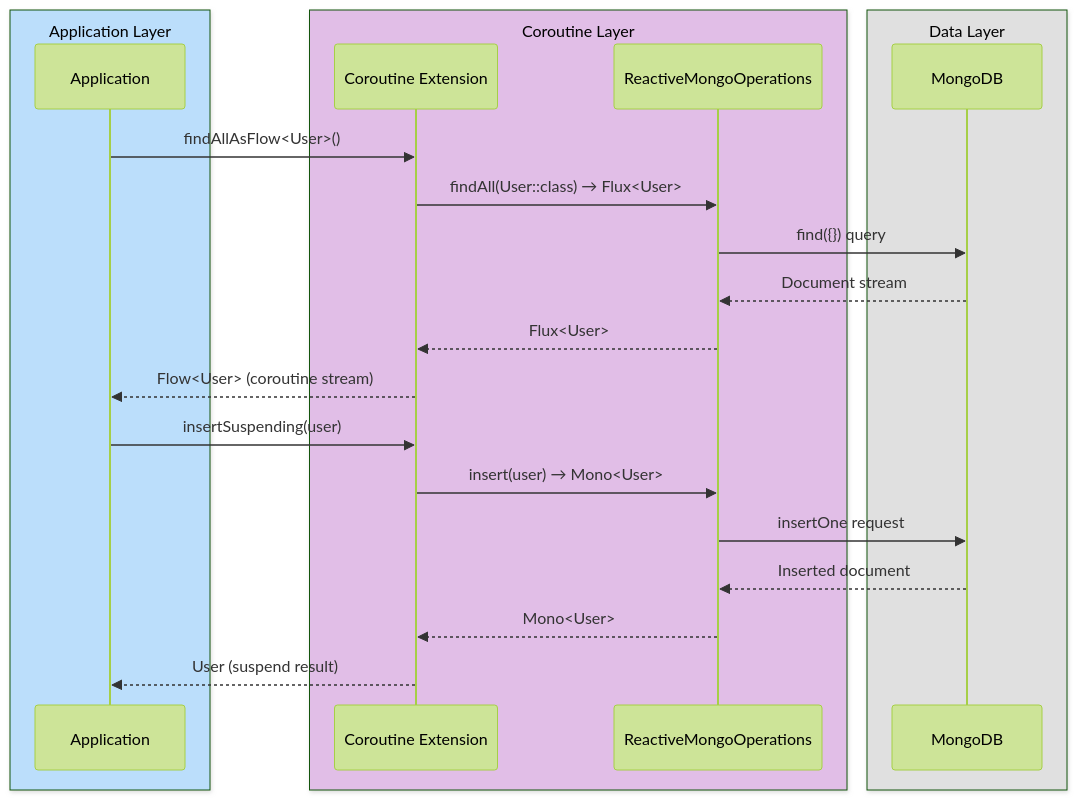
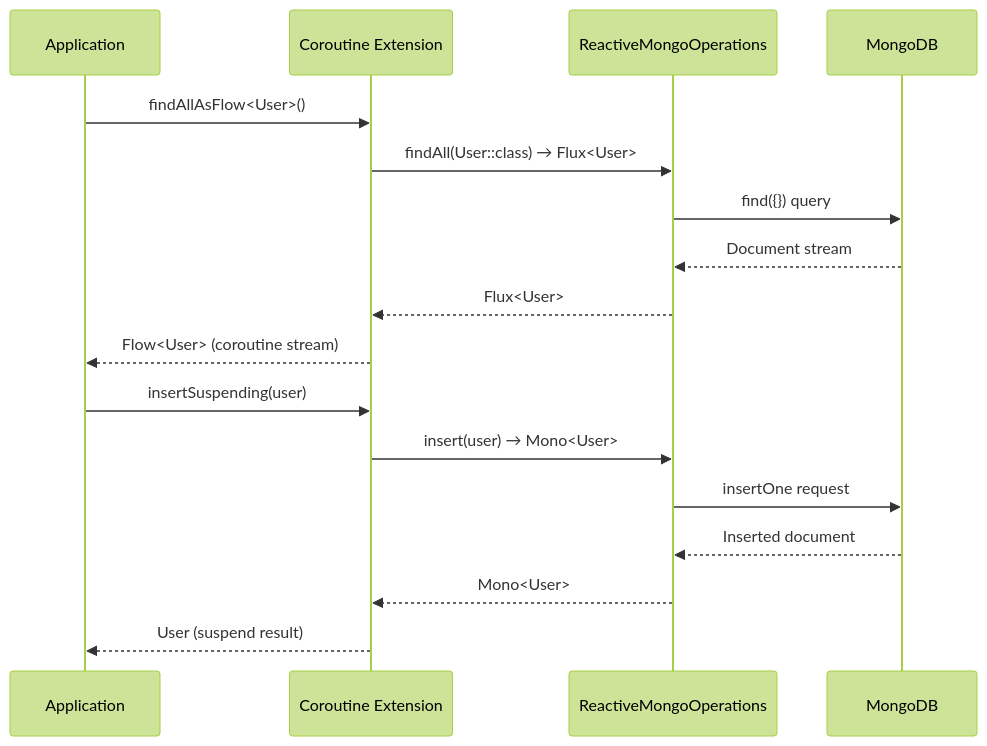
One commit to bluetape4k/bluetape4k-projects changed the fourth of 4 diagrams in spring-boot4/mongodb/README.md. Above: the diagram before and after it, drawn with Mermaid (forest theme). The commit also changed other lines of this file and 219 other files, not shown here.

First line of the commit message:
docs: 전체 README Mermaid 다이어그램 가이드 적용

````diff
--- a/spring-boot4/mongodb/README.md
+++ b/spring-boot4/mongodb/README.md
@@ -221,27 +221,21 @@
 ```mermaid
 sequenceDiagram
-    box rgb(187,222,251) Application Layer
         participant App as Application
-    end
-    box rgb(225,190,231) Coroutine Layer
         participant Ext as Coroutine Extension
         participant Ops as ReactiveMongoOperations
-    end
-    box rgb(224,224,224) Data Layer
         participant DB as MongoDB
-    end
 
     App->>Ext: findAllAsFlow<User>()
     Ext->>Ops: findAll(User::class) → Flux<User>
     Ops->>DB: find({}) query
     DB-->>Ops: Document stream
     Ops-->>Ext: Flux<User>
     Ext-->>App: Flow<User> (coroutine stream)
 
     App->>Ext: insertSuspending(user)
     Ext->>Ops: insert(user) → Mono<User>
     Ops->>DB: insertOne request
     DB-->>Ops: Inserted document
     Ops-->>Ext: Mono<User>
     Ext-->>App: User (suspend result)
 ```
````
